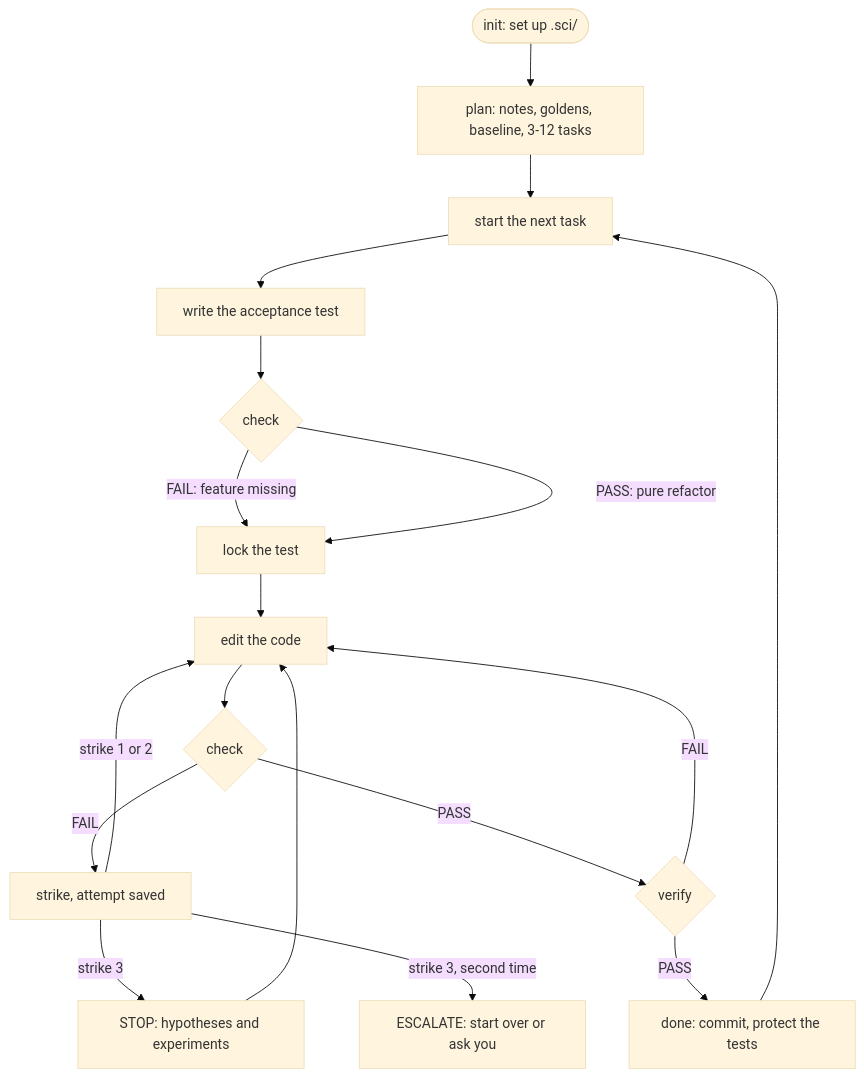
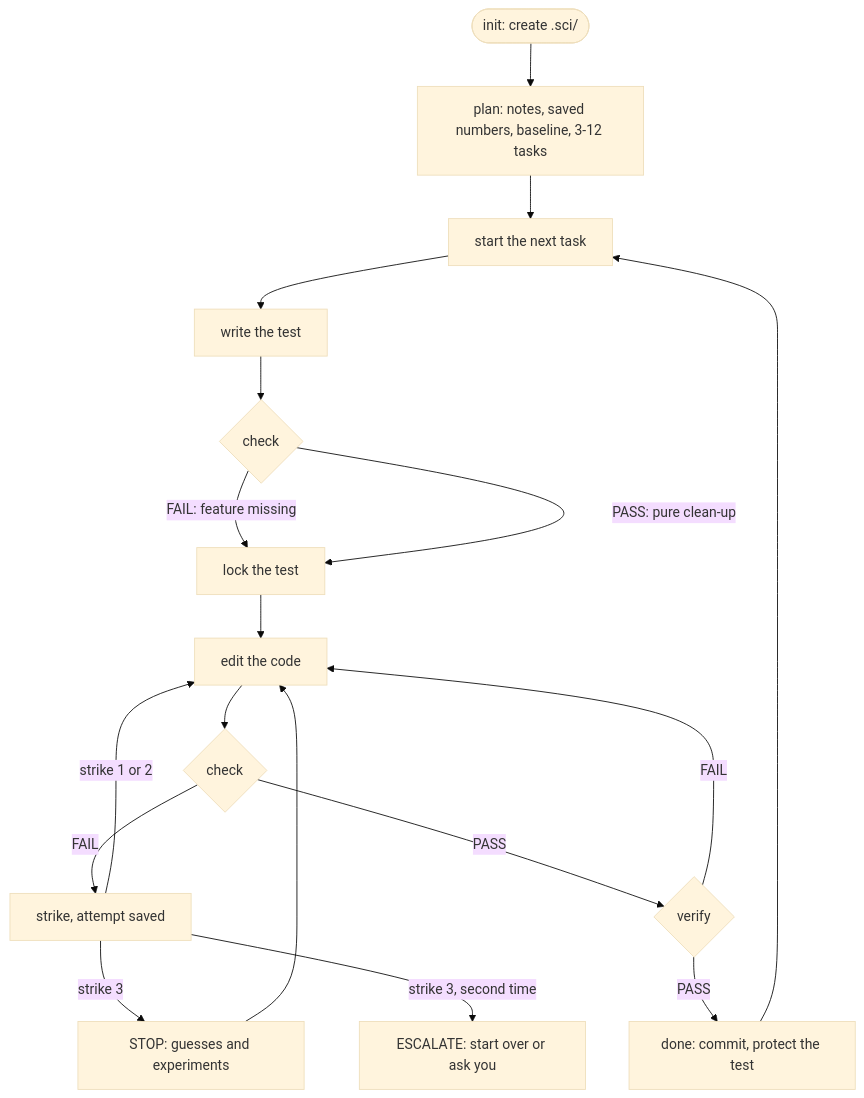
Before and after one commit to Nag681/sci-harness: the third of 3 diagrams in README.md, drawn with Mermaid (base theme). The commit also changed other lines of this file and 11 other files, not shown here.

````diff
--- a/README.md
+++ b/README.md
@@ -133,20 +291,20 @@
 ```mermaid
 flowchart TD
-    A(["init: set up .sci/"]) --> B["plan: notes, goldens, baseline, 3-12 tasks"]
+    A(["init: create .sci/"]) --> B["plan: notes, saved numbers, baseline, 3-12 tasks"]
     B --> C["start the next task"]
-    C --> D["write the acceptance test"]
+    C --> D["write the test"]
     D --> E{"check"}
     E -- "FAIL: feature missing" --> F["lock the test"]
-    E -- "PASS: pure refactor" --> F
+    E -- "PASS: pure clean-up" --> F
     F --> G["edit the code"]
     G --> H{"check"}
     H -- "FAIL" --> K["strike, attempt saved"]
     K -- "strike 1 or 2" --> G
-    K -- "strike 3" --> S["STOP: hypotheses and experiments"]
+    K -- "strike 3" --> S["STOP: guesses and experiments"]
     S --> G
     K -- "strike 3, second time" --> X["ESCALATE: start over or ask you"]
     H -- "PASS" --> V{"verify"}
     V -- "FAIL" --> G
-    V -- "PASS" --> Z["done: commit, protect the tests"]
+    V -- "PASS" --> Z["done: commit, protect the test"]
     Z --> C
 ```
````
